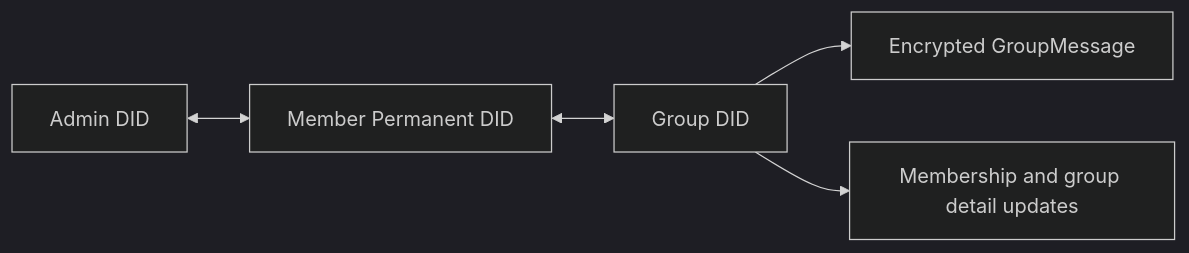
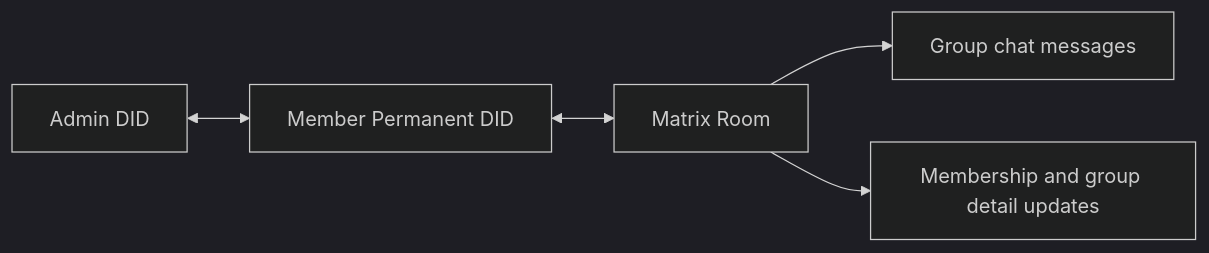
One commit to affinidi/affinidi-meetingplace-sdk-dart changed the second of 2 diagrams in packages/meeting_place_core/doc/protocol/meeting-place-group-protocol.md. Above: the diagram before and after it, drawn with Mermaid (dark theme). The commit also changed other lines of this file and 99 other files, not shown here.

First line of the commit message:
fix: drop reencryption/messageToRelay fields from group commands (#326)

````diff
--- a/packages/meeting_place_core/doc/protocol/meeting-place-group-protocol.md
+++ b/packages/meeting_place_core/doc/protocol/meeting-place-group-protocol.md
@@ -299,13 +293,13 @@
 ```mermaid
 flowchart LR
     Member[Member Permanent DID]
-    Group[Group DID]
+    Room[Matrix Room]
     Admin[Admin DID]
-    GM[Encrypted GroupMessage]
+    Chat[Group chat messages]
     Updates[Membership and group detail updates]
 
-    Member <--> Group
+    Member <--> Room
     Admin <--> Member
-    Group --> GM
-    Group --> Updates
+    Room --> Chat
+    Room --> Updates
 ```
````
